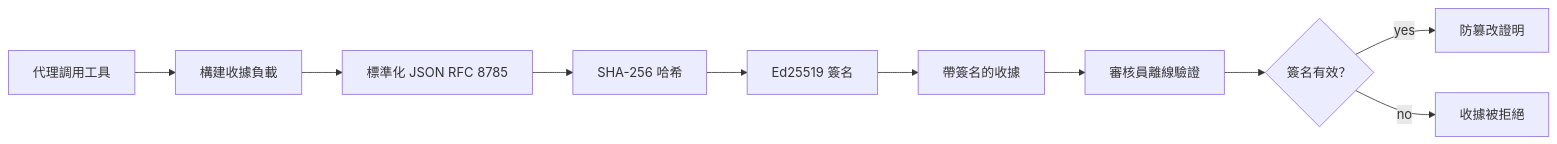
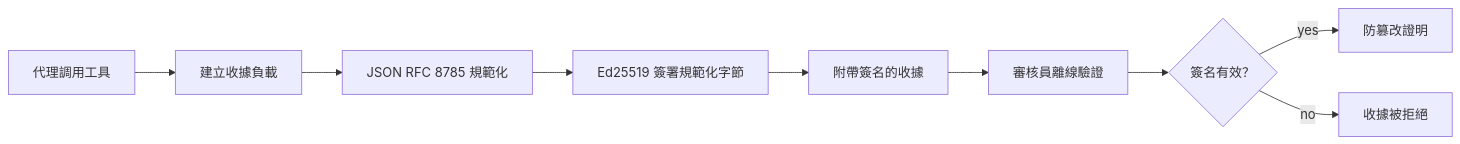
The first of 2 diagrams in mirrors/repos/microsoft@ai-agents-for-beginners/translations/zh-HK/18-securing-ai-agents/README.md (gabrielmoreira/agent-skills-mirror), drawn with Mermaid before and after one commit. The commit also changed other lines of this file and 4262 other files, not shown here.

````diff
--- a/mirrors/repos/microsoft@ai-agents-for-beginners/translations/zh-HK/18-securing-ai-agents/README.md
+++ b/mirrors/repos/microsoft@ai-agents-for-beginners/translations/zh-HK/18-securing-ai-agents/README.md
@@ -51,12 +51,11 @@
 ```mermaid
 flowchart LR
-    A[代理調用工具] --> B[構建收據負載]
-    B --> C[標準化 JSON RFC 8785]
-    C --> D[SHA-256 哈希]
-    D --> E[Ed25519 簽名]
-    E --> F[帶簽名的收據]
+    A[代理調用工具] --> B[建立收據負載]
+    B --> C[JSON RFC 8785 規範化]
+    C --> E[Ed25519 簽署規範化字節]
+    E --> F[附帶簽名的收據]
     F --> G[審核員離線驗證]
     G --> H{簽名有效？}
     H -- yes --> I[防篡改證明]
     H -- no --> J[收據被拒絕]
 ```
````
